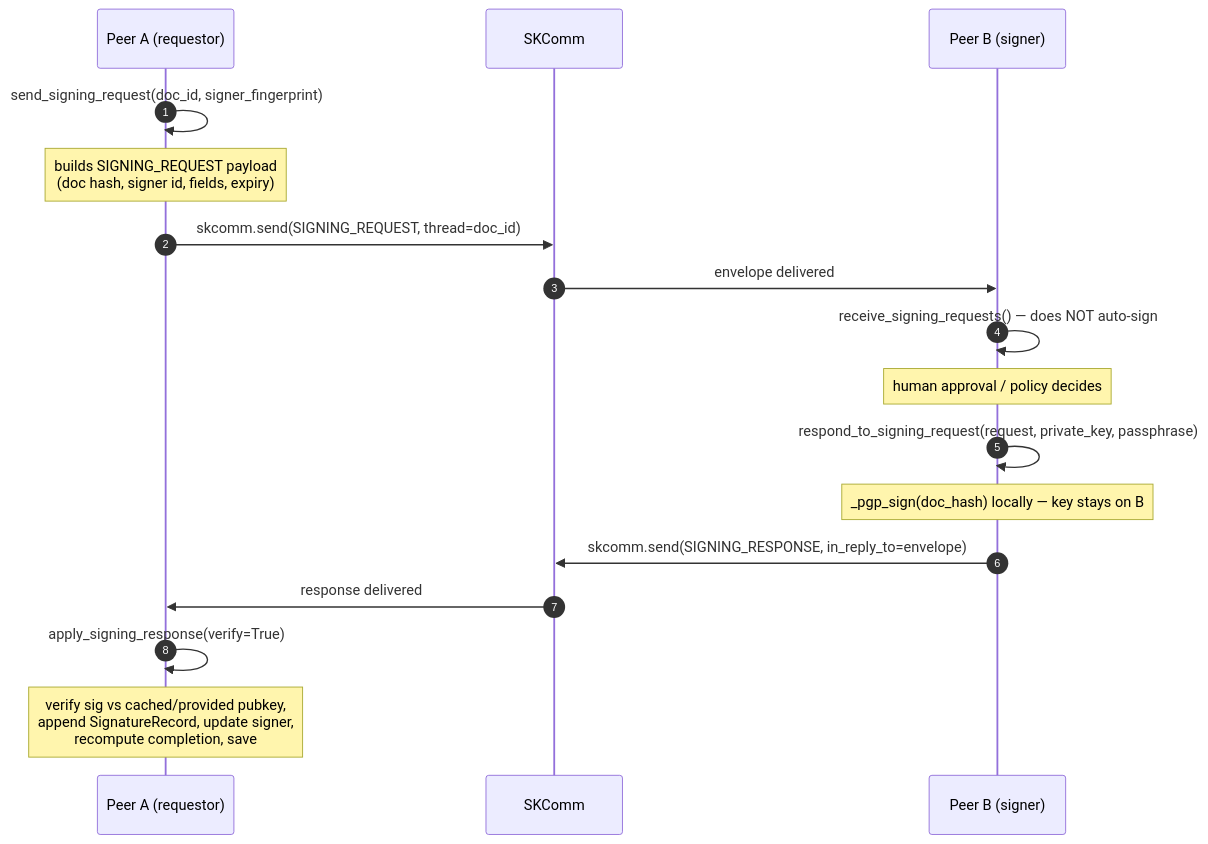
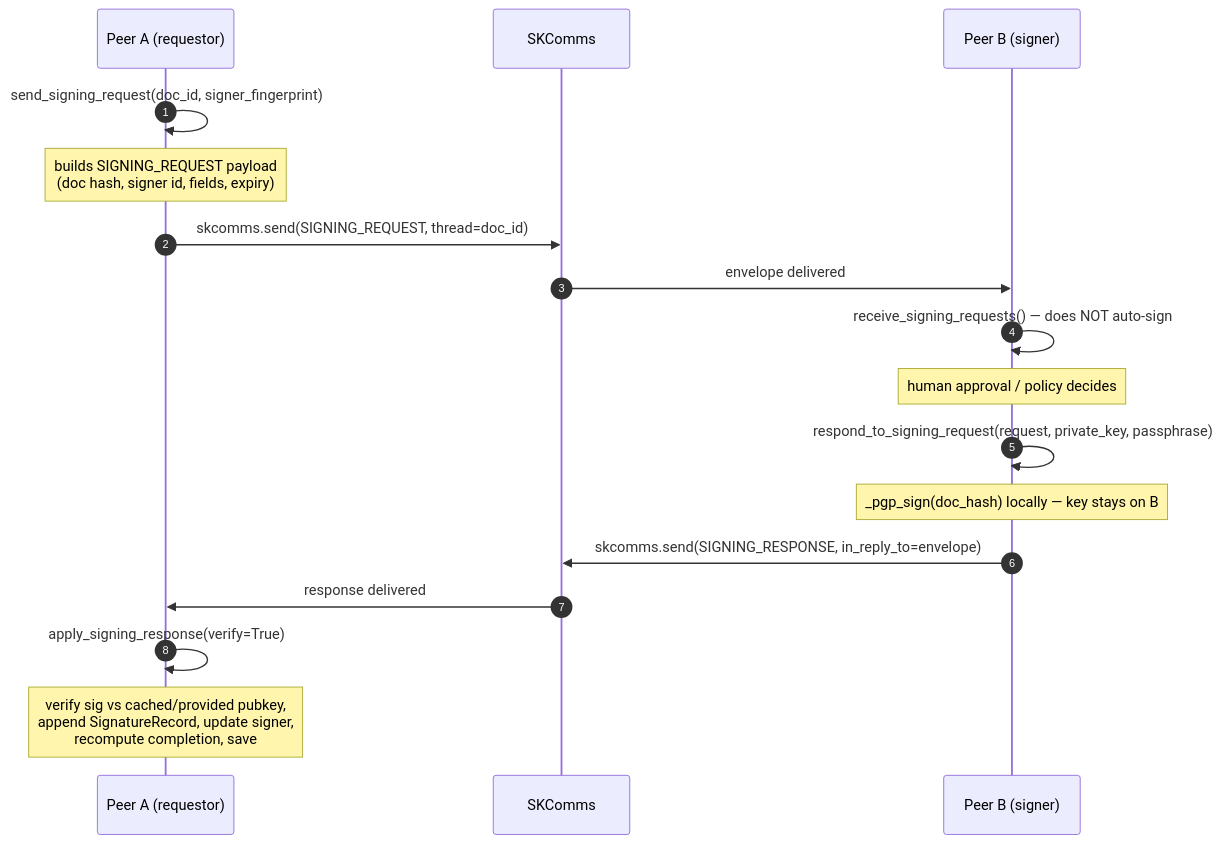
The fifth of 6 diagrams in docs/ARCHITECTURE.md (smilinTux/skseal), drawn with Mermaid before and after one commit. The commit also changed other lines of this file and 6 other files, not shown here.

Commit message:
refactor: skcomm→skcomms references

````diff
--- a/docs/ARCHITECTURE.md
+++ b/docs/ARCHITECTURE.md
@@ -171,20 +171,20 @@
 ```mermaid
 sequenceDiagram
     autonumber
     participant A as Peer A (requestor)
-    participant K as SKComm
+    participant K as SKComms
     participant B as Peer B (signer)
 
     A->>A: send_signing_request(doc_id, signer_fingerprint)
     Note over A: builds SIGNING_REQUEST payload<br/>(doc hash, signer id, fields, expiry)
-    A->>K: skcomm.send(SIGNING_REQUEST, thread=doc_id)
+    A->>K: skcomms.send(SIGNING_REQUEST, thread=doc_id)
     K->>B: envelope delivered
     B->>B: receive_signing_requests() — does NOT auto-sign
     Note over B: human approval / policy decides
     B->>B: respond_to_signing_request(request, private_key, passphrase)
     Note over B: _pgp_sign(doc_hash) locally — key stays on B
-    B->>K: skcomm.send(SIGNING_RESPONSE, in_reply_to=envelope)
+    B->>K: skcomms.send(SIGNING_RESPONSE, in_reply_to=envelope)
     K->>A: response delivered
     A->>A: apply_signing_response(verify=True)
     Note over A: verify sig vs cached/provided pubkey,<br/>append SignatureRecord, update signer,<br/>recompute completion, save
 ```
````
